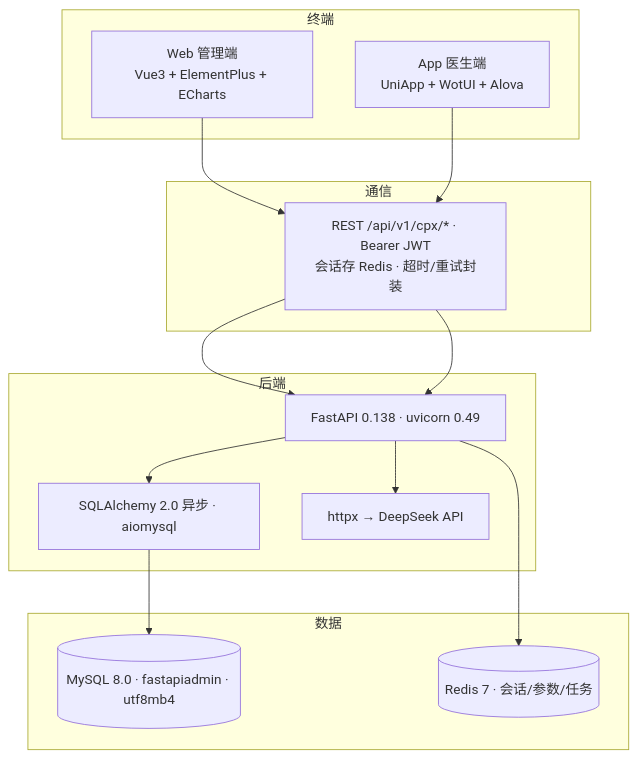
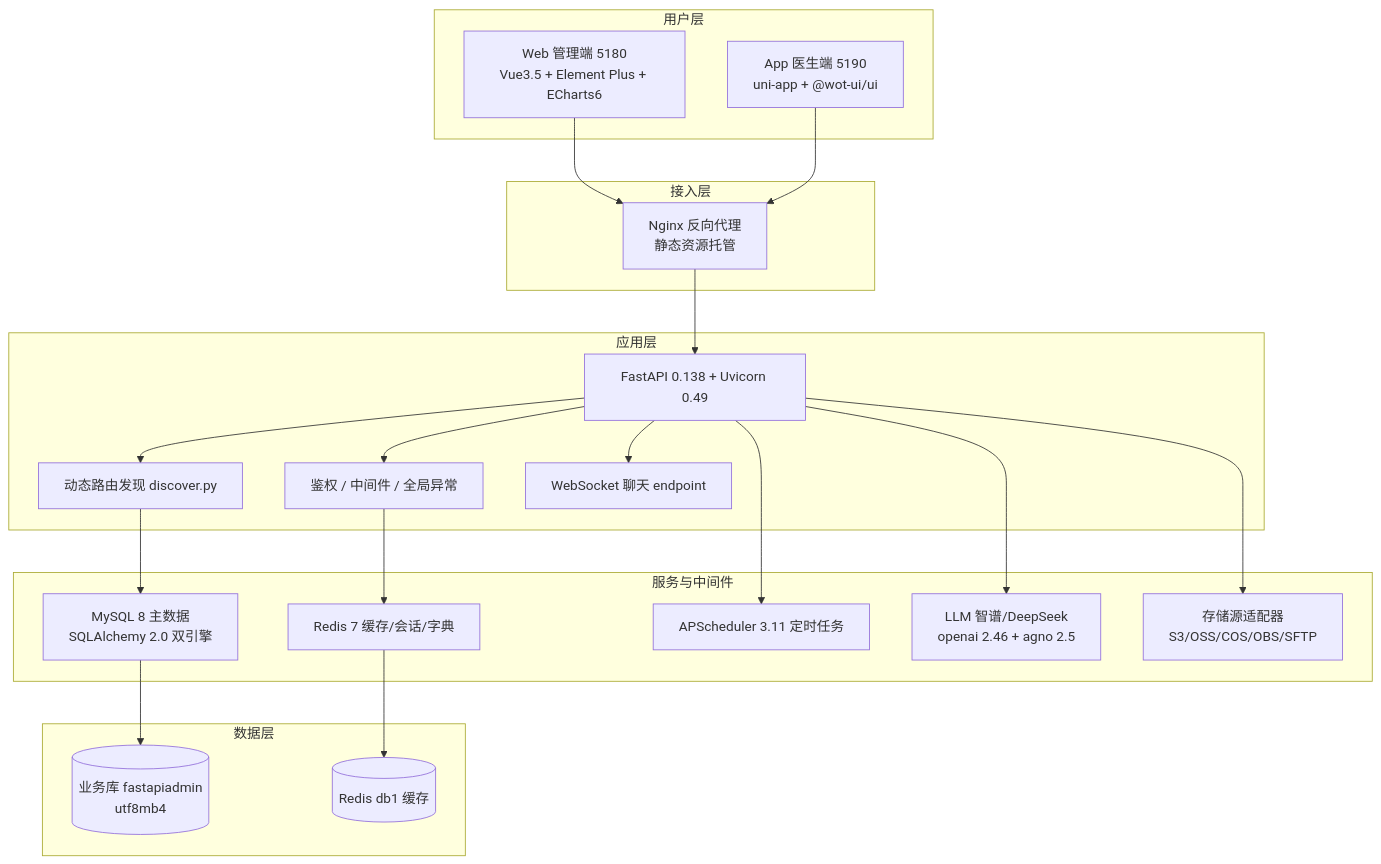
Before and after one commit to SC382/-_1: the diagram in FastapiAdmin-master/docs/技术架构图.md, drawn with Mermaid. The commit also changed other lines of this file and 216 other files, not shown here.

First line of the commit message:
feat: 接入真实AI语音与图片识别，优化底部导航与搜索交互

````diff
--- a/FastapiAdmin-master/docs/技术架构图.md
+++ b/FastapiAdmin-master/docs/技术架构图.md
@@ -9,24 +9,45 @@
 ```mermaid
-graph TB
-    subgraph 终端
-        WEB[Web 管理端<br/>Vue3 + ElementPlus + ECharts]
-        APP[App 医生端<br/>UniApp + WotUI + Alova]
+graph TD
+    subgraph L1[用户层]
+        U1[Web 管理端 5180<br/>Vue3.5 + Element Plus + ECharts6]
+        U2[App 医生端 5190<br/>uni-app + @wot-ui/ui]
     end
-    subgraph 通信
-        REST[REST /api/v1/cpx/* · Bearer JWT<br/>会话存 Redis · 超时/重试封装]
+
+    subgraph L2[接入层]
+        N1[Nginx 反向代理<br/>静态资源托管]
     end
-    subgraph 后端
-        API[FastAPI 0.138 · uvicorn 0.49]
-        ORM[SQLAlchemy 2.0 异步 · aiomysql]
-        AI[httpx → DeepSeek API]
+
+    subgraph L3[应用层]
+        A1[FastAPI 0.138 + Uvicorn 0.49]
+        A2[动态路由发现 discover.py]
+        A3[鉴权 / 中间件 / 全局异常]
+        A4[WebSocket 聊天 endpoint]
     end
-    subgraph 数据
-        MYSQL[(MySQL 8.0 · fastapiadmin · utf8mb4)]
-        REDIS[(Redis 7 · 会话/参数/任务)]
+
+    subgraph L4[服务与中间件]
+        M1[MySQL 8 主数据<br/>SQLAlchemy 2.0 双引擎]
+        M2[Redis 7 缓存/会话/字典]
+        M3[APScheduler 3.11 定时任务]
+        M4[LLM 智谱/DeepSeek<br/>openai 2.46 + agno 2.5]
+        M5[存储源适配器<br/>S3/OSS/COS/OBS/SFTP]
     end
-    WEB --> REST --> API
-    APP --> REST --> API
-    API --> ORM --> MYSQL
-    API --> REDIS
-    API --> AI
+
+    subgraph L5[数据层]
+        D1[(业务库 fastapiadmin<br/>utf8mb4)]
+        D2[(Redis db1 缓存)]
+    end
+
+    U1 --> N1
+    U2 --> N1
+    N1 --> A1
+    A1 --> A2
+    A1 --> A3
+    A1 --> A4
+    A2 --> M1
+    A3 --> M2
+    A1 --> M3
+    A1 --> M4
+    A1 --> M5
+    M1 --> D1
+    M2 --> D2
 ```
````
